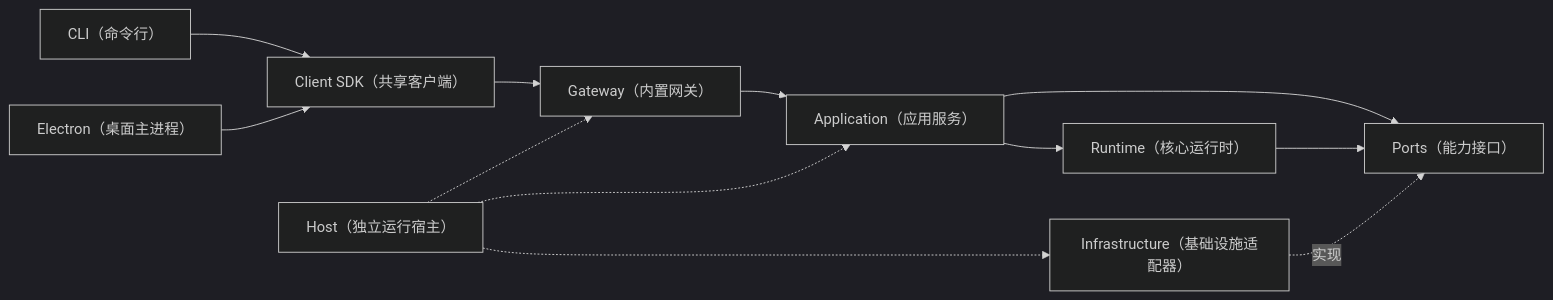
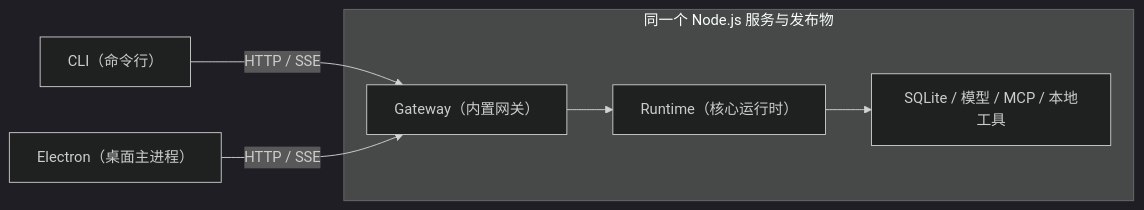
Before and after one commit to CodeDan-CN/agent-base-harness: the first of 7 diagrams in docs/Agent Client完整技术解决方案.md, drawn with Mermaid (dark theme). The commit also changed other lines of this file and 53 other files, not shown here.

````diff
--- a/docs/Agent Client完整技术解决方案.md
+++ b/docs/Agent Client完整技术解决方案.md
@@ -150,14 +152,9 @@
 ```mermaid
 flowchart LR
-  C["CLI（命令行）"] --> S["Client SDK（共享客户端）"]
-  E["Electron（桌面主进程）"] --> S
-  S --> G["Gateway（内置网关）"]
-  G --> A["Application（应用服务）"]
-  A --> R["Runtime（核心运行时）"]
-  A --> P["Ports（能力接口）"]
-  R --> P
-  I["Infrastructure（基础设施适配器）"] -.->|"实现"| P
-  H["Host（独立运行宿主）"] -.-> G
-  H -.-> A
-  H -.-> I
+  C["CLI（命令行）"] -->|"HTTP / SSE"| G
+  E["Electron（桌面主进程）"] -->|"HTTP / SSE"| G
+  subgraph S["同一个 Node.js 服务与发布物"]
+    G["Gateway（内置网关）"] --> R["Runtime（核心运行时）"]
+    R --> I["SQLite / 模型 / MCP / 本地工具"]
+  end
 ```
````
